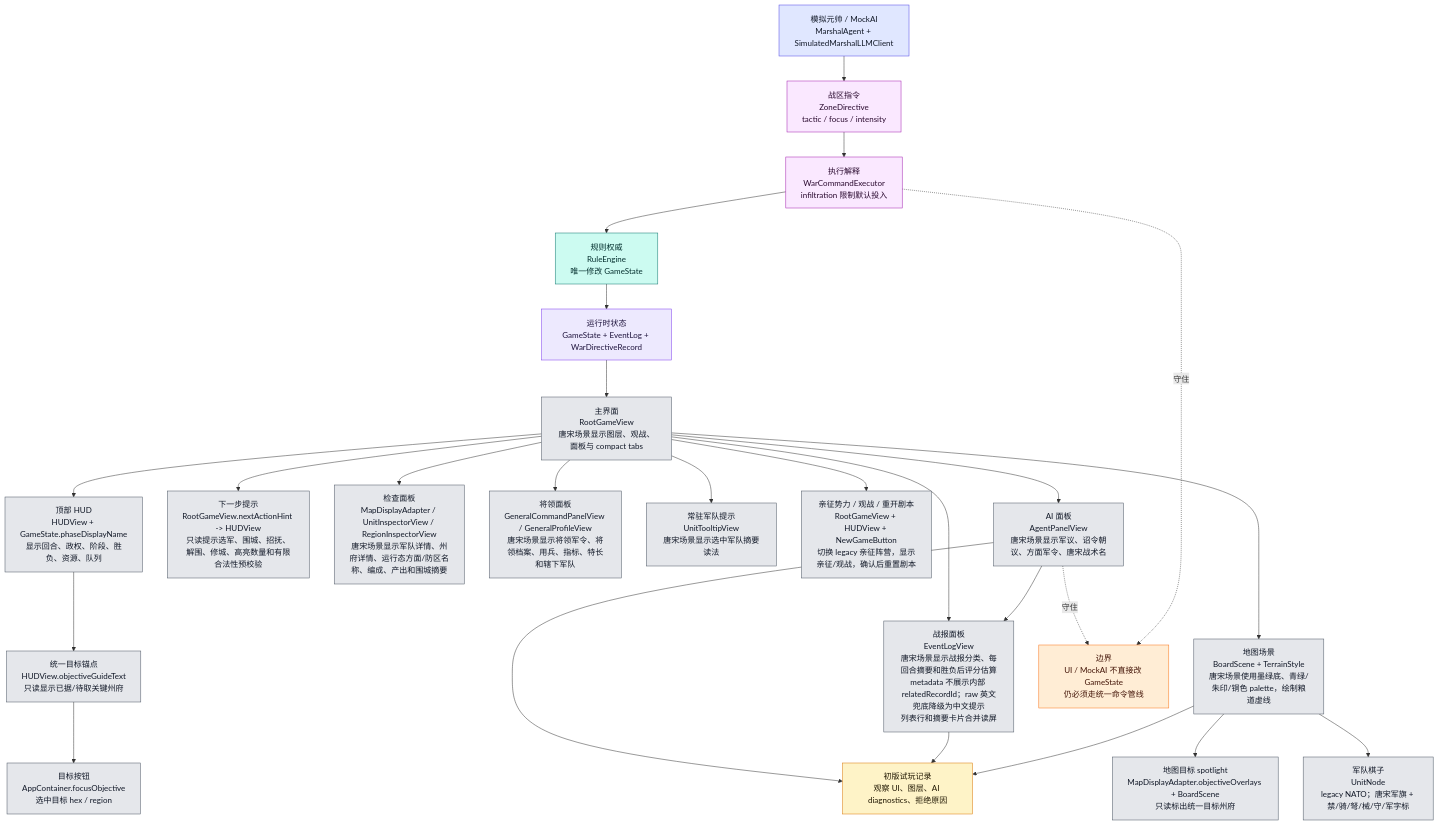
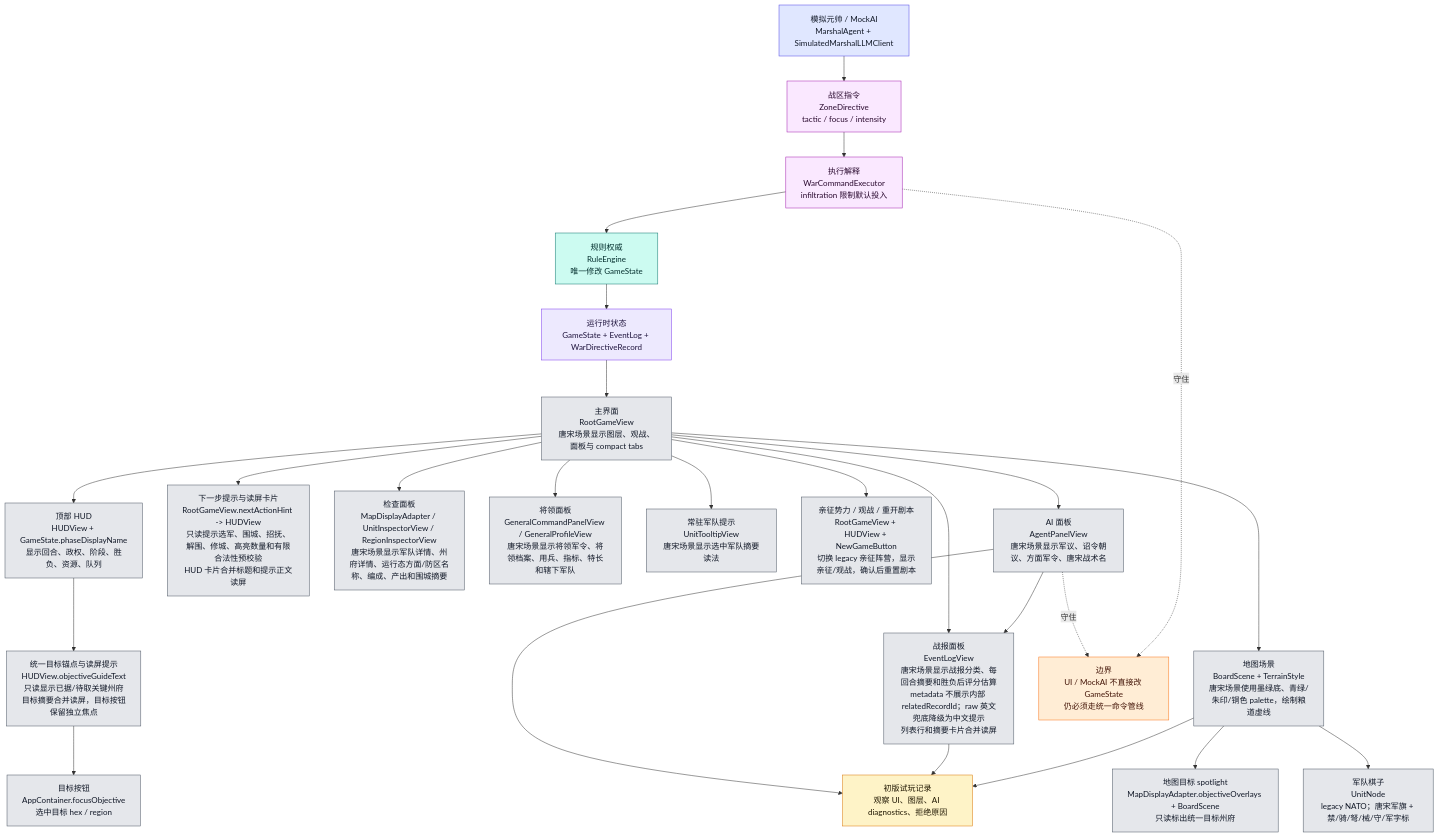
One commit to Altman-sam114/125 changed the tenth of 12 diagrams in md/flow/flowchart.md. Above: the diagram before and after it, drawn with Mermaid. The commit also changed other lines of this file and 7 other files, not shown here.

````diff
--- a/md/flow/flowchart.md
+++ b/md/flow/flowchart.md
@@ -602,54 +603,54 @@
 ```mermaid
 flowchart TD
     STATE["运行时状态<br/>GameState + EventLog + WarDirectiveRecord"]:::state
     ROOT["主界面<br/>RootGameView<br/>唐宋场景显示图层、观战、面板与 compact tabs"]:::ui
     HUD["顶部 HUD<br/>HUDView + GameState.phaseDisplayName<br/>显示回合、政权、阶段、胜负、资源、队列"]:::ui
-    GOAL["统一目标锚点<br/>HUDView.objectiveGuideText<br/>只读显示已据/待取关键州府"]:::ui
+    GOAL["统一目标锚点与读屏提示<br/>HUDView.objectiveGuideText<br/>只读显示已据/待取关键州府<br/>目标摘要合并读屏，目标按钮保留独立焦点"]:::ui
     FOCUS["目标按钮<br/>AppContainer.focusObjective<br/>选中目标 hex / region"]:::ui
     SPOTLIGHT["地图目标 spotlight<br/>MapDisplayAdapter.objectiveOverlays + BoardScene<br/>只读标出统一目标州府"]:::ui
-    HINT["下一步提示<br/>RootGameView.nextActionHint -> HUDView<br/>只读提示选军、围城、招抚、解围、修城、高亮数量和有限合法性预校验"]:::ui
+    HINT["下一步提示与读屏卡片<br/>RootGameView.nextActionHint -> HUDView<br/>只读提示选军、围城、招抚、解围、修城、高亮数量和有限合法性预校验<br/>HUD 卡片合并标题和提示正文读屏"]:::ui
     INSPECT["检查面板<br/>MapDisplayAdapter / UnitInspectorView / RegionInspectorView<br/>唐宋场景显示军队详情、州府详情、运行态方面/防区名称、编成、产出和围城摘要"]:::ui
     GENPANELS["将领面板<br/>GeneralCommandPanelView / GeneralProfileView<br/>唐宋场景显示将领军令、将领档案、用兵、指标、特长和辖下军队"]:::ui
     TOOLTIP["常驻军队提示<br/>UnitTooltipView<br/>唐宋场景显示选中军队摘要读法"]:::ui
     SESSIONHUD["亲征势力 / 观战 / 重开剧本<br/>RootGameView + HUDView + NewGameButton<br/>切换 legacy 亲征阵营，显示亲征/观战，确认后重置剧本"]:::ui
     LOG["战报面板<br/>EventLogView<br/>唐宋场景显示战报分类、每回合摘要和胜负后评分估算<br/>metadata 不展示内部 relatedRecordId；raw 英文兜底降级为中文提示<br/>列表行和摘要卡片合并读屏"]:::ui
     AIUI["AI 面板<br/>AgentPanelView<br/>唐宋场景显示军议、诏令朝议、方面军令、唐宋战术名"]:::ui
     BOARD["地图场景<br/>BoardScene + TerrainStyle<br/>唐宋场景使用墨绿底、青绿/朱印/铜色 palette，绘制粮道虚线"]:::ui
     UNIT["军队棋子<br/>UnitNode<br/>legacy NATO；唐宋军旗 + 禁/骑/弩/械/守/军字标"]:::ui
     MARSHAL["模拟元帅 / MockAI<br/>MarshalAgent + SimulatedMarshalLLMClient"]:::ai
     ZD["战区指令<br/>ZoneDirective<br/>tactic / focus / intensity"]:::command
     WCE["执行解释<br/>WarCommandExecutor<br/>infiltration 限制默认投入"]:::command
     RULE["规则权威<br/>RuleEngine<br/>唯一修改 GameState"]:::rules
     PLAYTEST["初版试玩记录<br/>观察 UI、图层、AI diagnostics、拒绝原因"]:::doc
 
     STATE --> ROOT
     ROOT --> HUD
     HUD --> GOAL --> FOCUS
     BOARD --> SPOTLIGHT
     ROOT --> HINT
     ROOT --> INSPECT
     ROOT --> GENPANELS
     ROOT --> TOOLTIP
     ROOT --> SESSIONHUD
     ROOT --> LOG
     ROOT --> AIUI
     AIUI --> LOG
     ROOT --> BOARD
     BOARD --> UNIT
     MARSHAL --> ZD --> WCE --> RULE --> STATE
     AIUI --> PLAYTEST
     LOG --> PLAYTEST
     BOARD --> PLAYTEST
 
     WARN["边界<br/>UI / MockAI 不直接改 GameState<br/>仍必须走统一命令管线"]:::warn
     AIUI -.守住.-> WARN
     WCE -.守住.-> WARN
 
     classDef state fill:#ede9fe,stroke:#7c3aed,color:#1f143d
     classDef ui fill:#e5e7eb,stroke:#4b5563,color:#111827
     classDef ai fill:#e0e7ff,stroke:#4f46e5,color:#111827
     classDef command fill:#fae8ff,stroke:#a21caf,color:#2a0a2f
     classDef rules fill:#ccfbf1,stroke:#0f766e,color:#042f2e
     classDef doc fill:#fef3c7,stroke:#d97706,color:#1f1600
     classDef warn fill:#ffedd5,stroke:#f97316,color:#431407
 ```
````
